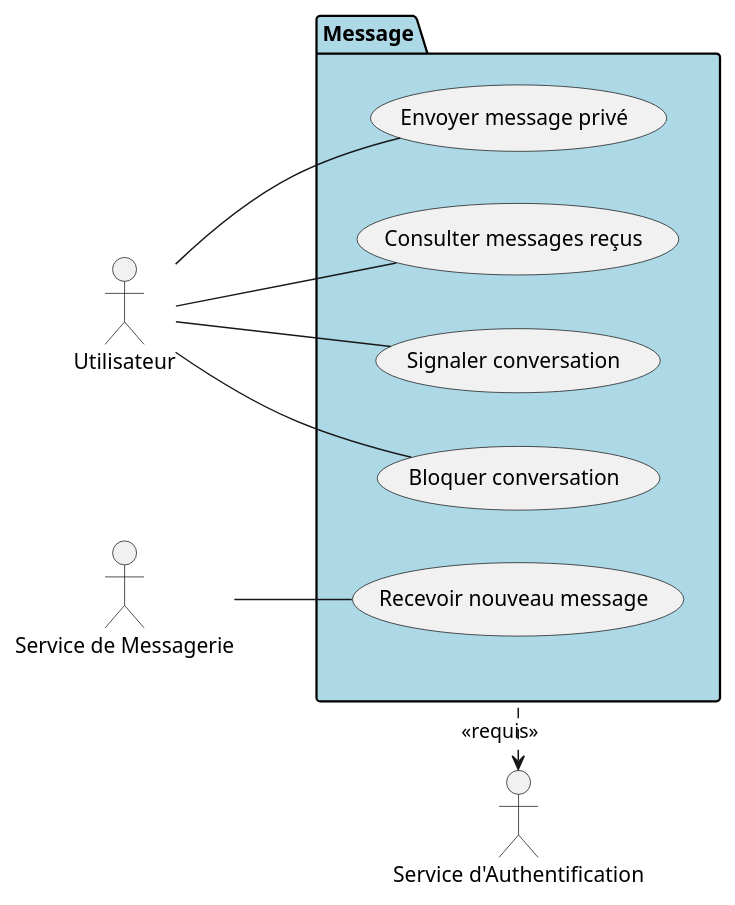
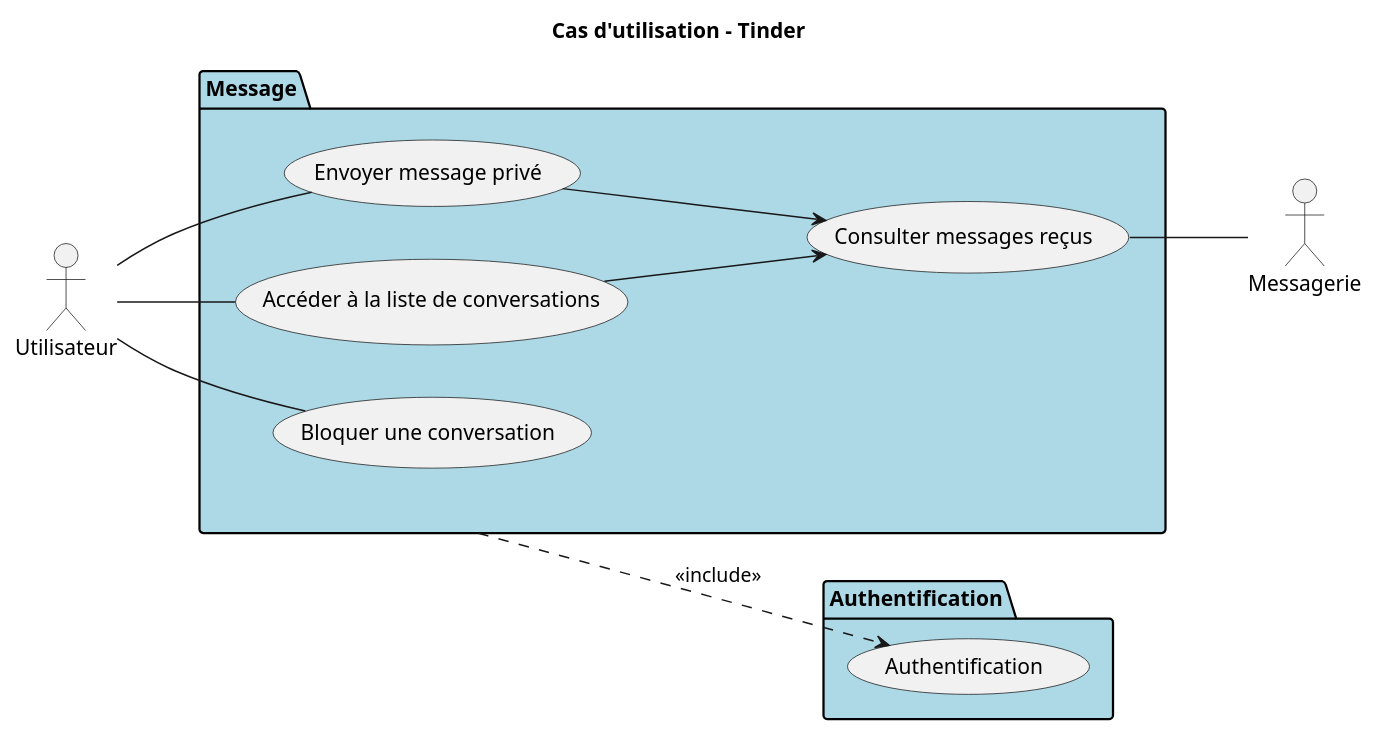
Before and after one commit to MinaroliCorentin/PSO: the diagram in src/Projet_Tinder_Cas_Utilisation_Messages.puml, drawn with PlantUML. The commit also changed 9 other files, not shown here.

Commit message:
Maj des cas d'utilisation

```diff
--- a/src/Projet_Tinder_Cas_Utilisation_Messages.puml
+++ b/src/Projet_Tinder_Cas_Utilisation_Messages.puml
@@ -1,30 +1,37 @@
 @startuml
+
 left to right direction
+title Cas d'utilisation - Tinder
 
-'Acteurs'
 actor Utilisateur
-actor "Service de Messagerie" as Messagerie
-actor "Service d'Authentification" as Authentification
+actor Messagerie
+
+package "Authentification" #LightBlue {
+
+    usecase "Authentification" as auth
+
+}
+
 
 package "Message" #LightBlue {
 
     usecase "Envoyer message privé" as mess_envoyer
     usecase "Consulter messages reçus" as mess_consulter
-    usecase "Recevoir nouveau message" as mess_recevoir
-    usecase "Signaler conversation" as signal_signaler_conv
-    usecase "Bloquer conversation" as signal_bloquer_conv
+    usecase "Accéder à la liste de conversations" as mess_liste
+    usecase "Bloquer une conversation" as mess_bloquer_conv
 
-    Utilisateur -- mess_consulter
-    Messagerie -- mess_recevoir
+    Utilisateur -- mess_bloquer_conv
+    Utilisateur -- mess_liste
+    Utilisateur -- mess_envoyer
 
-    Utilisateur -- mess_envoyer
-    Utilisateur -- signal_bloquer_conv
-    Utilisateur -- signal_signaler_conv
+    mess_liste --> mess_consulter
 
-    Message .left.> Authentification : <<requis>>
+    mess_envoyer --> mess_consulter
+
+    mess_consulter -- Messagerie
 
 }
 
-
+"Message" ..> auth : <<include>>
 
 @enduml
```
